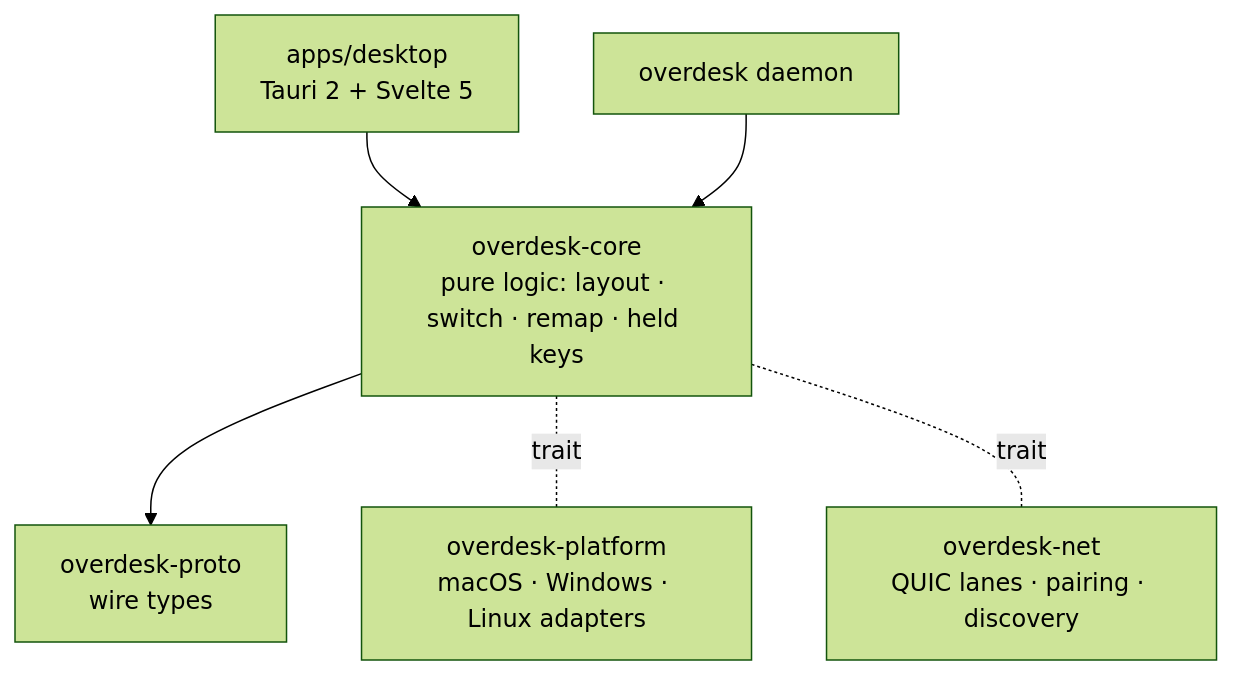
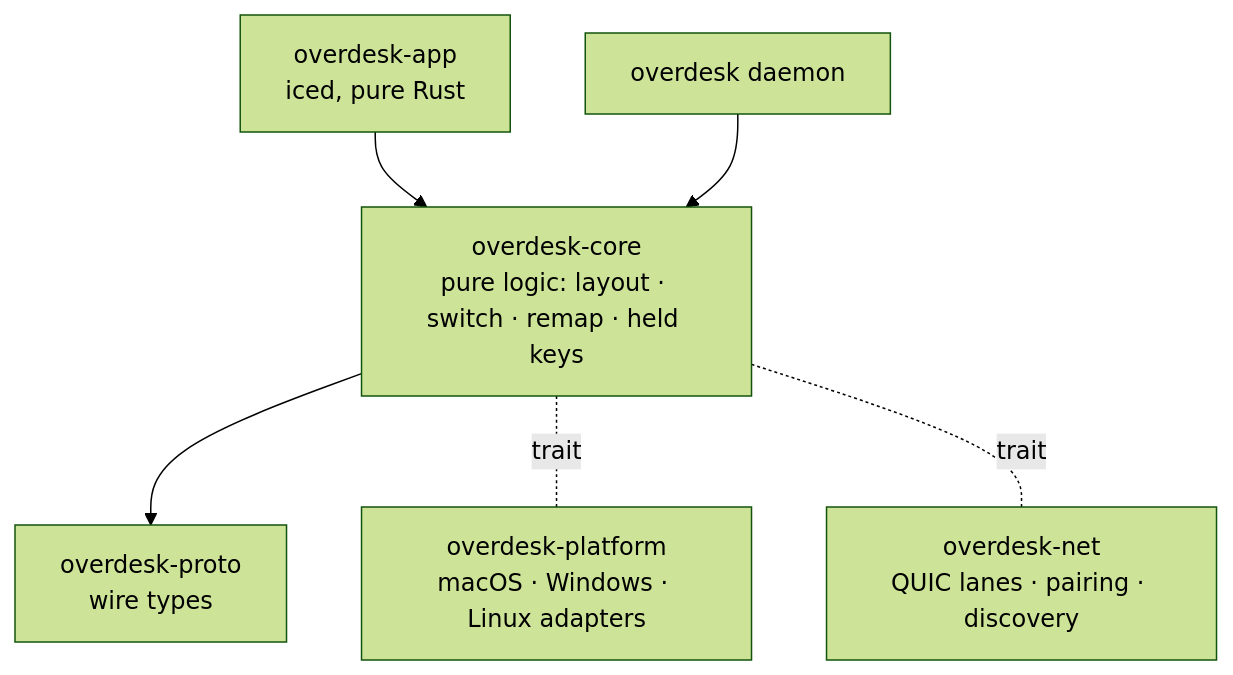
The second of 2 diagrams in docs/ARCHITECTURE.md (fkitsantas/overdesk), drawn with Mermaid (forest theme) before and after one commit. The commit also changed other lines of this file and 1 other file, not shown here.

Commit message:
docs: UI is pure Rust (iced); packaging via cargo-packager

````diff
--- a/docs/ARCHITECTURE.md
+++ b/docs/ARCHITECTURE.md
@@ -73,8 +73,8 @@
 ```mermaid
 flowchart TB
-    UI["apps/desktop<br/>Tauri 2 + Svelte 5"] --> CORE
+    UI["overdesk-app<br/>iced, pure Rust"] --> CORE
     D["overdesk daemon"] --> CORE
     CORE["overdesk-core<br/>pure logic: layout · switch · remap · held keys"] --> PROTO["overdesk-proto<br/>wire types"]
     CORE -. trait .- PLAT["overdesk-platform<br/>macOS · Windows · Linux adapters"]
     CORE -. trait .- NET["overdesk-net<br/>QUIC lanes · pairing · discovery"]
 ```
````
